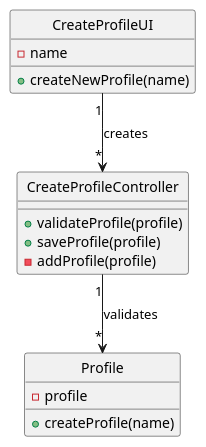
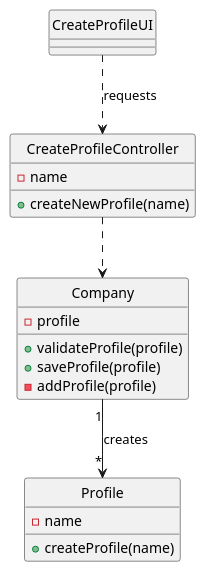
One commit to Loracline/project_switch_22-23 changed the diagram in docs/modelling_design/user_stories/us001/US001_Class_Diagram.puml. Above: the diagram before and after it, drawn with PlantUML. The commit also changed 1 other file, not shown here.

Commit message:
US001: Design: Refinement of class diagram for US001 and class diagram for US001-006.

```diff
--- a/docs/modelling_design/user_stories/us001/US001_Class_Diagram.puml
+++ b/docs/modelling_design/user_stories/us001/US001_Class_Diagram.puml
@@ -1,25 +1,33 @@
 @startuml
 'https://plantuml.com/class-diagram
 
 class "Profile"{
--profile
+-name
 +createProfile(name)
 }
+
 class "CreateProfileController" {
+-name
++createNewProfile(name)
+}
+
+class "CreateProfileUI"{
+}
+
+class "Company"{
+-profile
 +validateProfile(profile)
 +saveProfile(profile)
 -addProfile(profile)
-}
-class "CreateProfileUI"{
--name
-+createNewProfile(name)
 }
 
 hide "Profile" circle
 hide "CreateProfileController" circle
 hide "CreateProfileUI" circle
+hide "Company" circle
 
-"CreateProfileUI" "1" --> "*" "CreateProfileController": creates
-"CreateProfileController" "1" --> "*" "Profile": validates
+"CreateProfileUI" ..>  "CreateProfileController": requests
+"CreateProfileController" ..>  "Company"
+"Company" "1" --> "*" "Profile": creates
 
 @enduml
```
